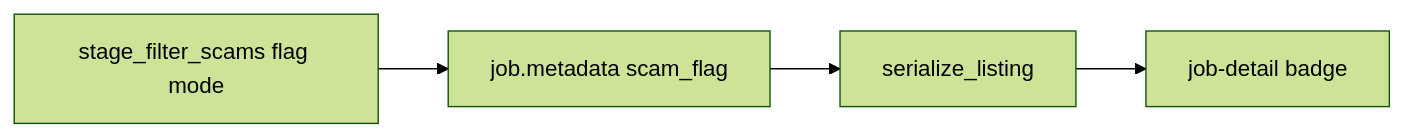
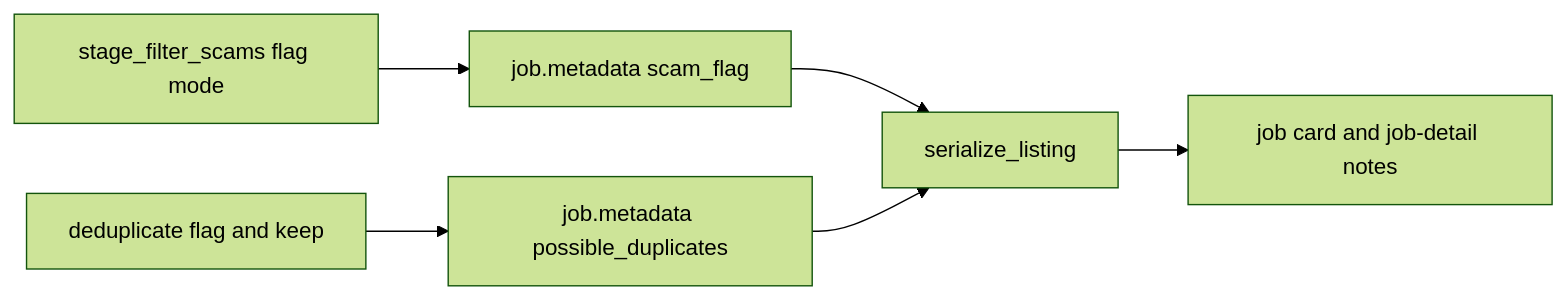
Before and after one commit to neoncircuit/job-raider: the fourth of 4 diagrams in tasks/backlog.md, drawn with Mermaid (forest theme). The commit also changed other lines of this file and 4 other files, not shown here.

````diff
--- a/tasks/backlog.md
+++ b/tasks/backlog.md
@@ -497,6 +498,8 @@
 ```mermaid
 flowchart LR
     S[stage_filter_scams flag mode] --> M[job.metadata scam_flag]
+    D[deduplicate flag and keep] --> P[job.metadata possible_duplicates]
     M --> SL[serialize_listing]
-    SL --> UI[job-detail badge]
+    P --> SL
+    SL --> UI[job card and job-detail notes]
 ```
````
